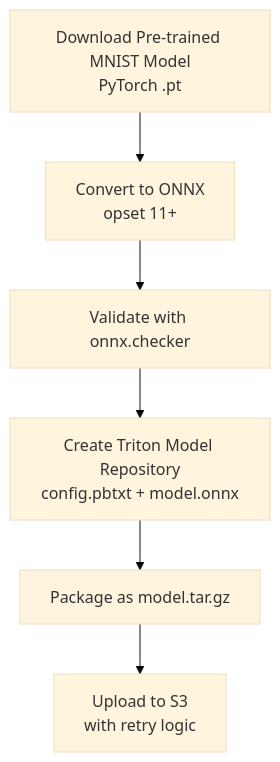
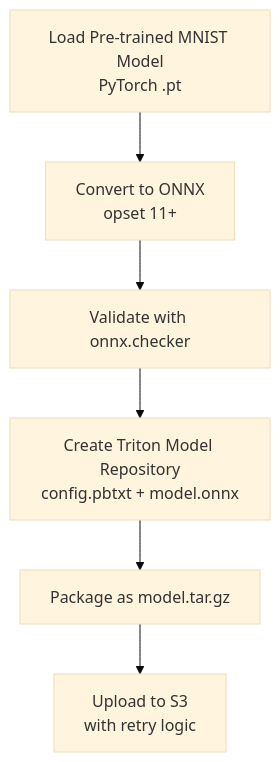
Before and after one commit to ruhuitay/sagemaker: the second of 6 diagrams in .kiro/specs/mnist-inference-endpoint/design.md, drawn with Mermaid (base theme). The commit also changed other lines of this file and 4 other files, not shown here.

````diff
--- a/.kiro/specs/mnist-inference-endpoint/design.md
+++ b/.kiro/specs/mnist-inference-endpoint/design.md
@@ -41,8 +74,8 @@
 ```mermaid
 flowchart TD
-    A[Download Pre-trained MNIST Model<br/>PyTorch .pt] --> B[Convert to ONNX<br/>opset 11+]
+    A[Load Pre-trained MNIST Model<br/>PyTorch .pt] --> B[Convert to ONNX<br/>opset 11+]
     B --> C[Validate with onnx.checker]
     C --> D[Create Triton Model Repository<br/>config.pbtxt + model.onnx]
     D --> E[Package as model.tar.gz]
     E --> F[Upload to S3<br/>with retry logic]
 ```
````
